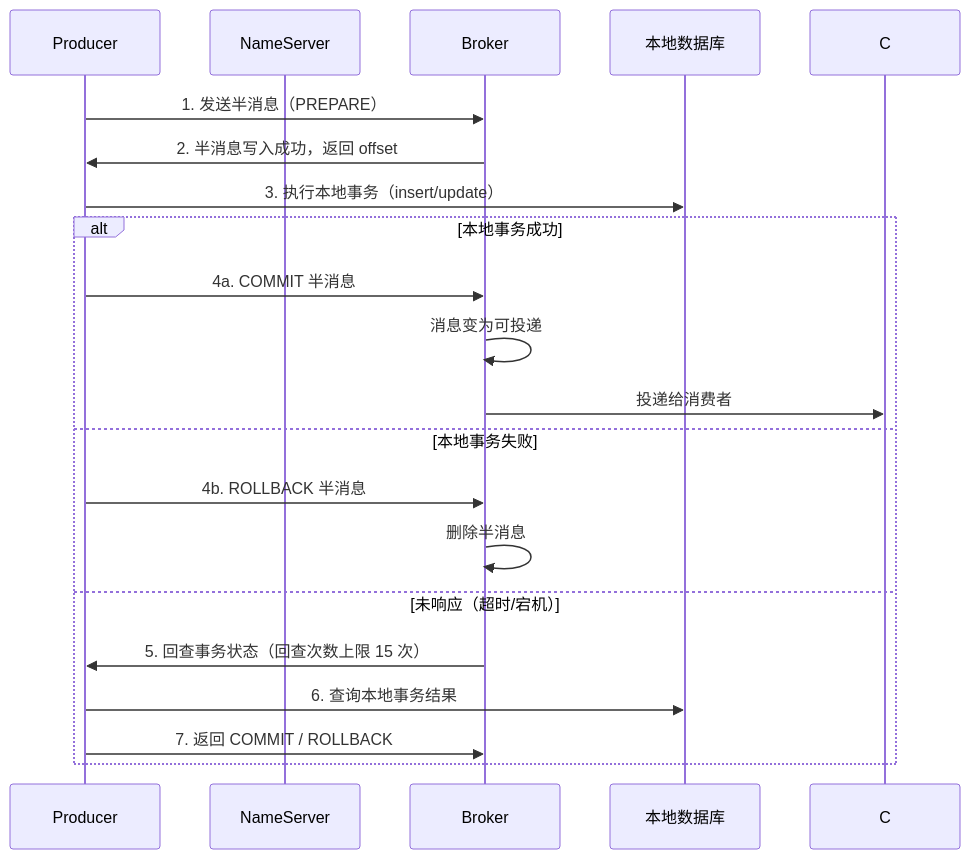
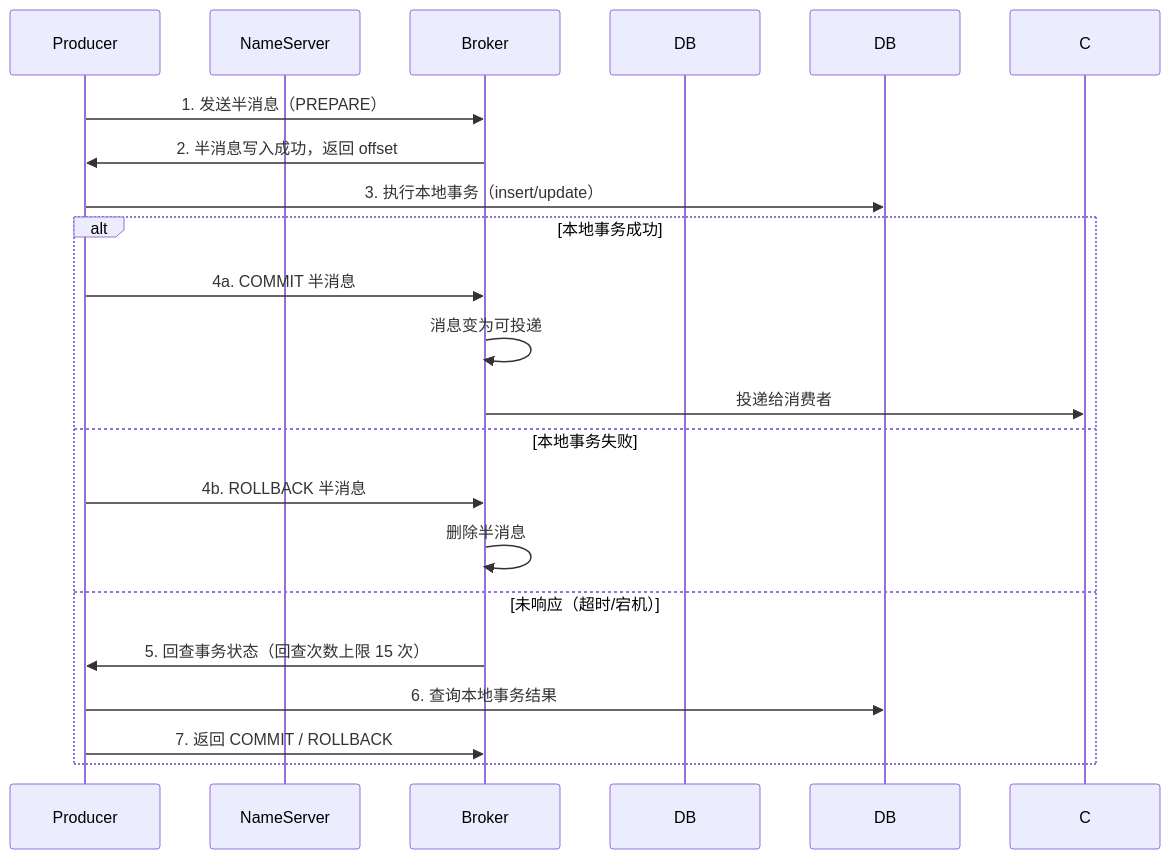
One commit to kane201x/javadoc changed the seventh of 22 diagrams in 10-rocketmq/README.md. Above: the diagram before and after it, drawn with Mermaid. The commit also changed other lines of this file and 12 other files, not shown here.

First line of the commit message:
fix: correct mermaid diagram syntax across all modules

````diff
--- a/10-rocketmq/README.md
+++ b/10-rocketmq/README.md
@@ -486,23 +486,23 @@
 ```mermaid
 sequenceDiagram
     participant P as Producer
     participant NS as NameServer
     participant B as Broker
-    participant DB as 本地数据库
+    participant "本地数据库" as DB
 
     P->>B: 1. 发送半消息（PREPARE）
     B->>P: 2. 半消息写入成功，返回 offset
     P->>DB: 3. 执行本地事务（insert/update）
     alt 本地事务成功
         P->>B: 4a. COMMIT 半消息
         B->>B: 消息变为可投递
         B->>C: 投递给消费者
     else 本地事务失败
         P->>B: 4b. ROLLBACK 半消息
         B->>B: 删除半消息
     else 未响应（超时/宕机）
         B->>P: 5. 回查事务状态（回查次数上限 15 次）
         P->>DB: 6. 查询本地事务结果
         P->>B: 7. 返回 COMMIT / ROLLBACK
     end
 ```
````
